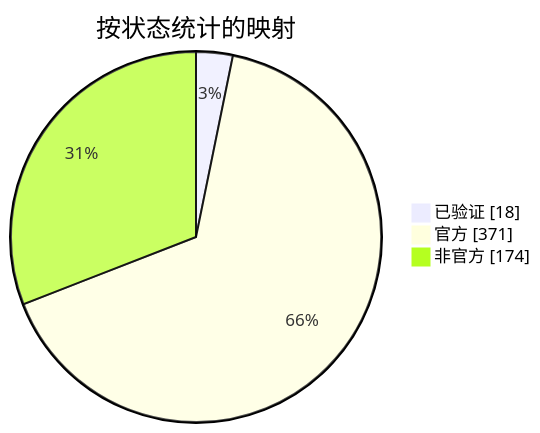
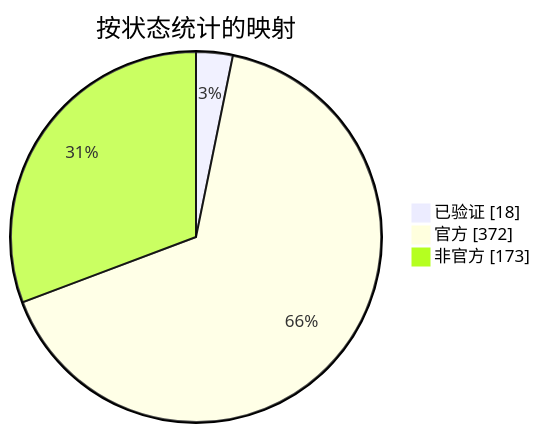
One commit to nobrega8/mbmap-library changed the diagram in docs/readme/README_ZHS.md. Above: the diagram before and after it, drawn with Mermaid. The commit also changed 6 other files, not shown here.

````diff
--- a/docs/readme/README_ZHS.md
+++ b/docs/readme/README_ZHS.md
@@ -54,7 +54,7 @@
 ```mermaid
 pie showData
     title 按状态统计的映射
     "已验证" : 18
-    "官方" : 371
-    "非官方" : 174
+    "官方" : 372
+    "非官方" : 173
 ```
````
